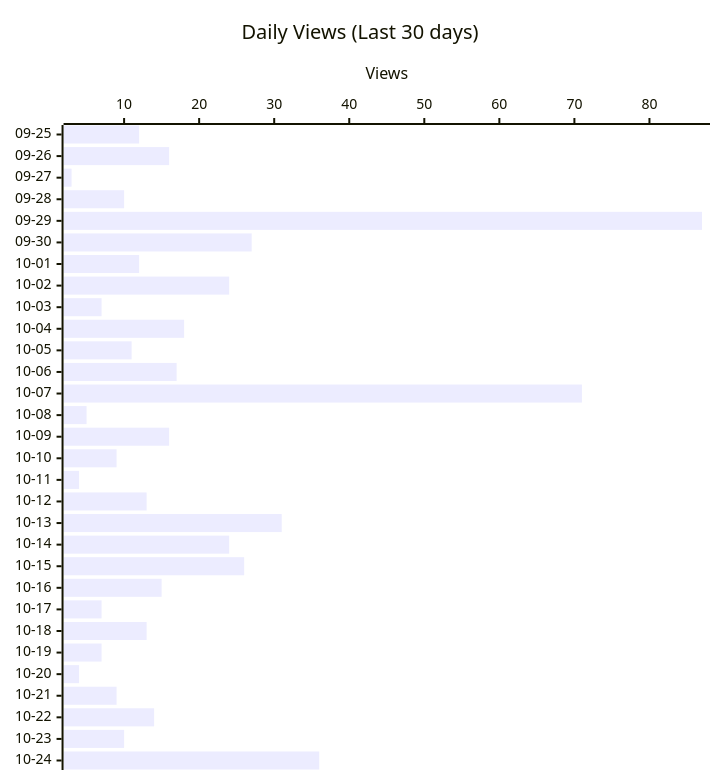
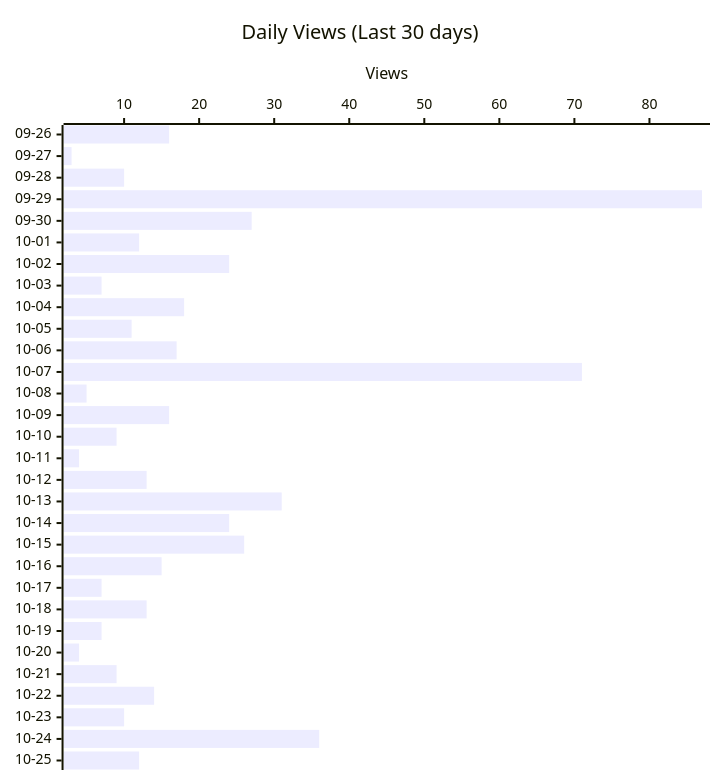
One commit to shigechika/github-insights changed the second of 4 diagrams in README.md. Above: the diagram before and after it, drawn with Mermaid. The commit also changed other lines of this file and 1 other file, not shown here.

````diff
--- a/README.md
+++ b/README.md
@@ -28,12 +28,12 @@
 ```mermaid
 ---
 config:
   xyChart:
     height: 760
 ---
 xychart-beta horizontal
     title "Daily Views (Last 30 days)"
-    x-axis ["09-25", "09-26", "09-27", "09-28", "09-29", "09-30", "10-01", "10-02", "10-03", "10-04", "10-05", "10-06", "10-07", "10-08", "10-09", "10-10", "10-11", "10-12", "10-13", "10-14", "10-15", "10-16", "10-17", "10-18", "10-19", "10-20", "10-21", "10-22", "10-23", "10-24"]
+    x-axis ["09-26", "09-27", "09-28", "09-29", "09-30", "10-01", "10-02", "10-03", "10-04", "10-05", "10-06", "10-07", "10-08", "10-09", "10-10", "10-11", "10-12", "10-13", "10-14", "10-15", "10-16", "10-17", "10-18", "10-19", "10-20", "10-21", "10-22", "10-23", "10-24", "10-25"]
     y-axis "Views"
-    bar [12, 16, 3, 10, 87, 27, 12, 24, 7, 18, 11, 17, 71, 5, 16, 9, 4, 13, 31, 24, 26, 15, 7, 13, 7, 4, 9, 14, 10, 36]
+    bar [16, 3, 10, 87, 27, 12, 24, 7, 18, 11, 17, 71, 5, 16, 9, 4, 13, 31, 24, 26, 15, 7, 13, 7, 4, 9, 14, 10, 36, 12]
 ```
````
